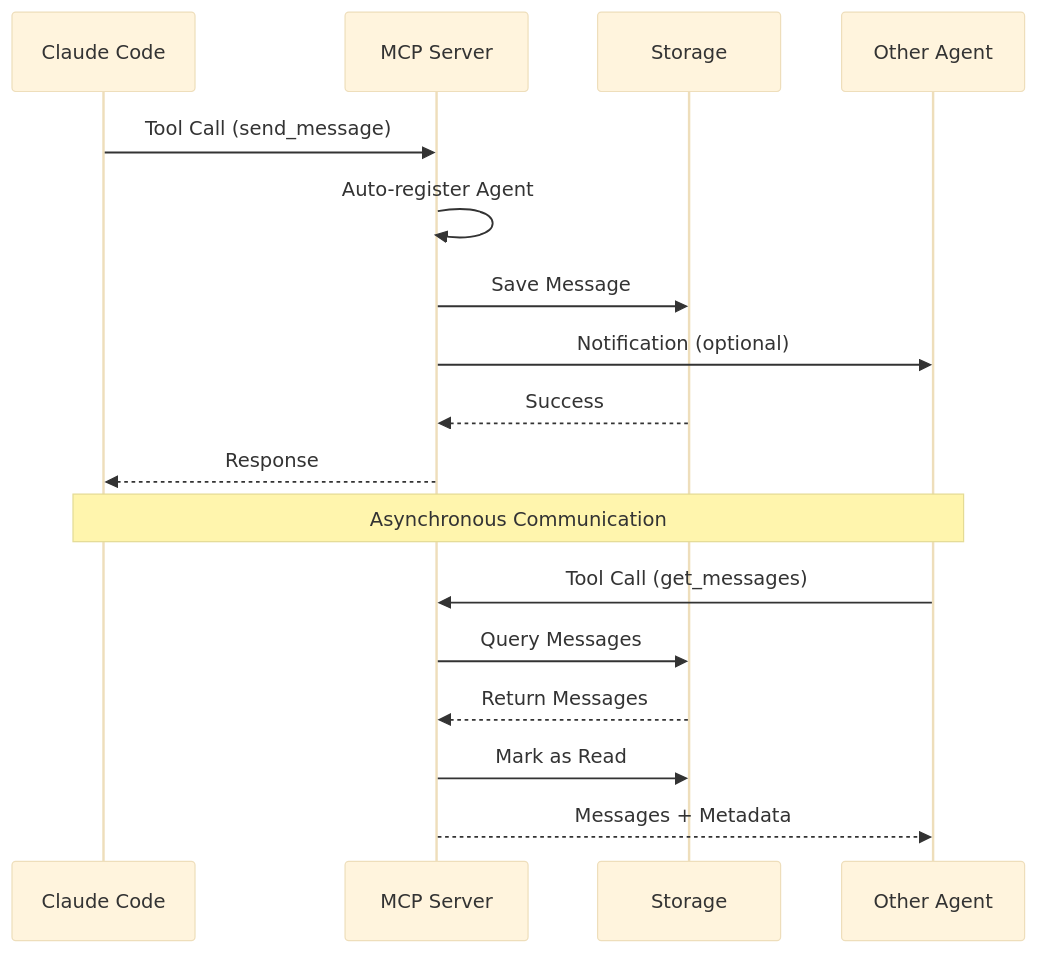
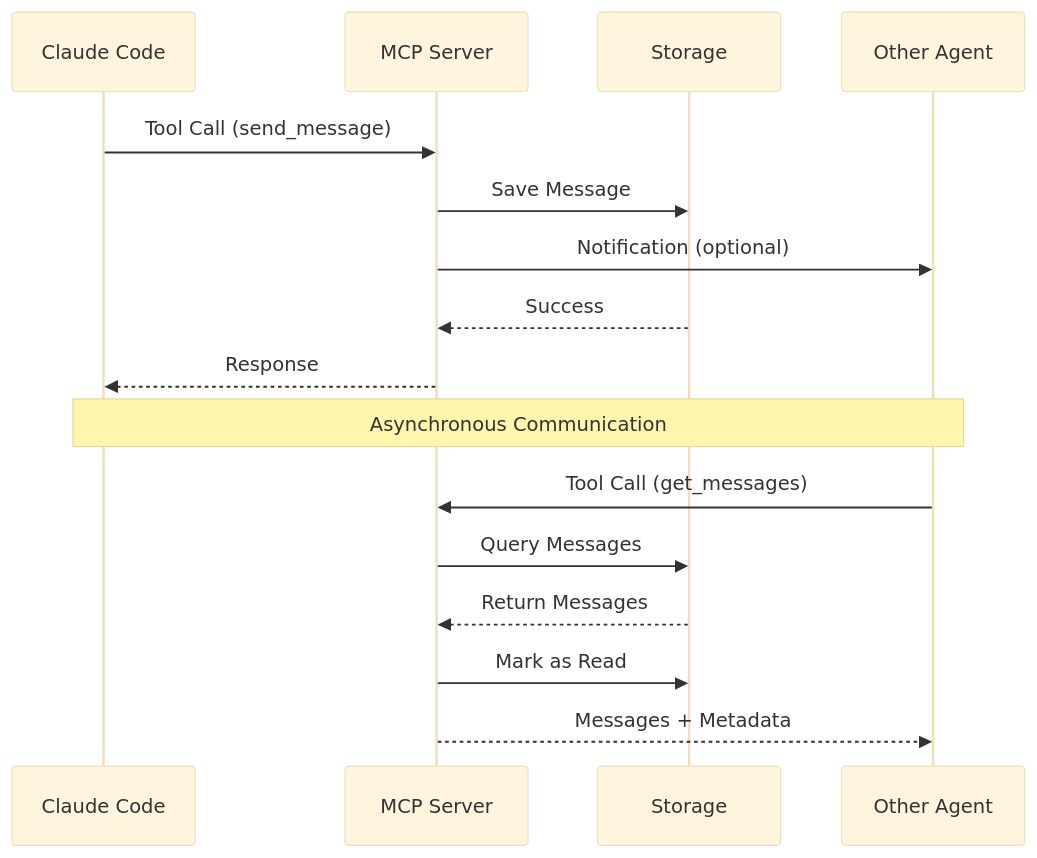
The sixth of 8 diagrams in docs/SYSTEM-OVERVIEW.md (gilbarbara/agent-hub-mcp), drawn with Mermaid (base theme) before and after one commit. The commit also changed other lines of this file and 6 other files, not shown here.

````diff
--- a/docs/SYSTEM-OVERVIEW.md
+++ b/docs/SYSTEM-OVERVIEW.md
@@ -237,22 +234,21 @@
 ```mermaid
 sequenceDiagram
     participant C as Claude Code
     participant M as MCP Server
     participant S as Storage
     participant A as Other Agent
     
     C->>M: Tool Call (send_message)
-    M->>M: Auto-register Agent
     M->>S: Save Message
     M->>A: Notification (optional)
     S-->>M: Success
     M-->>C: Response
     
     Note over C,A: Asynchronous Communication
     
     A->>M: Tool Call (get_messages)
     M->>S: Query Messages
     S-->>M: Return Messages
     M->>S: Mark as Read
     M-->>A: Messages + Metadata
 ```
````
